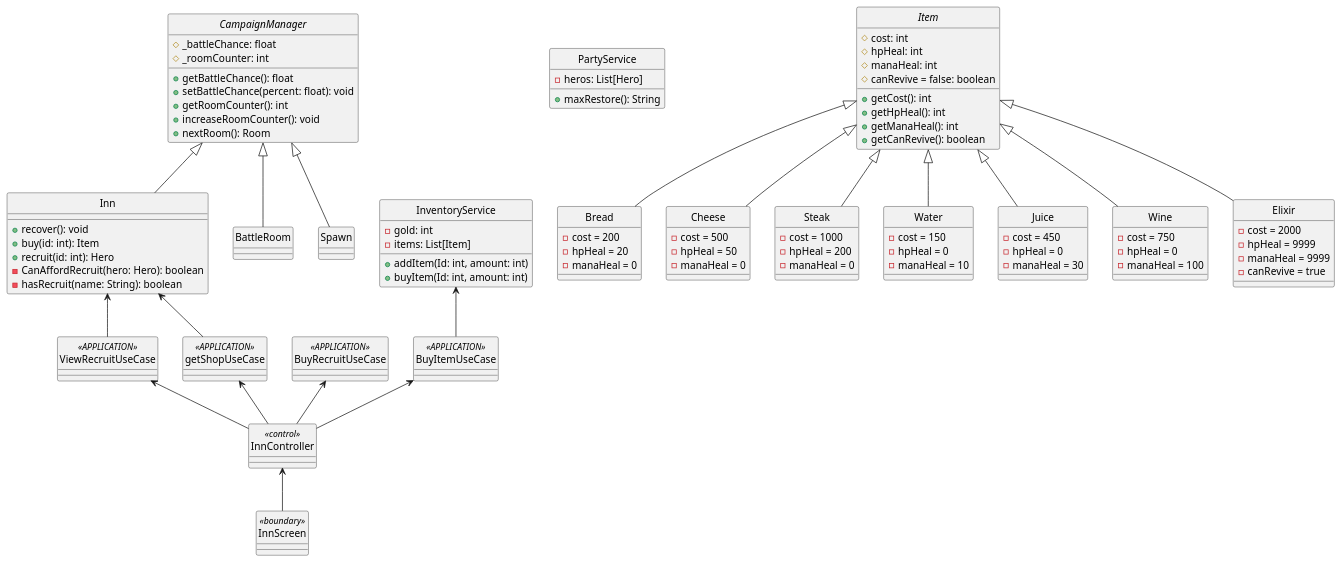
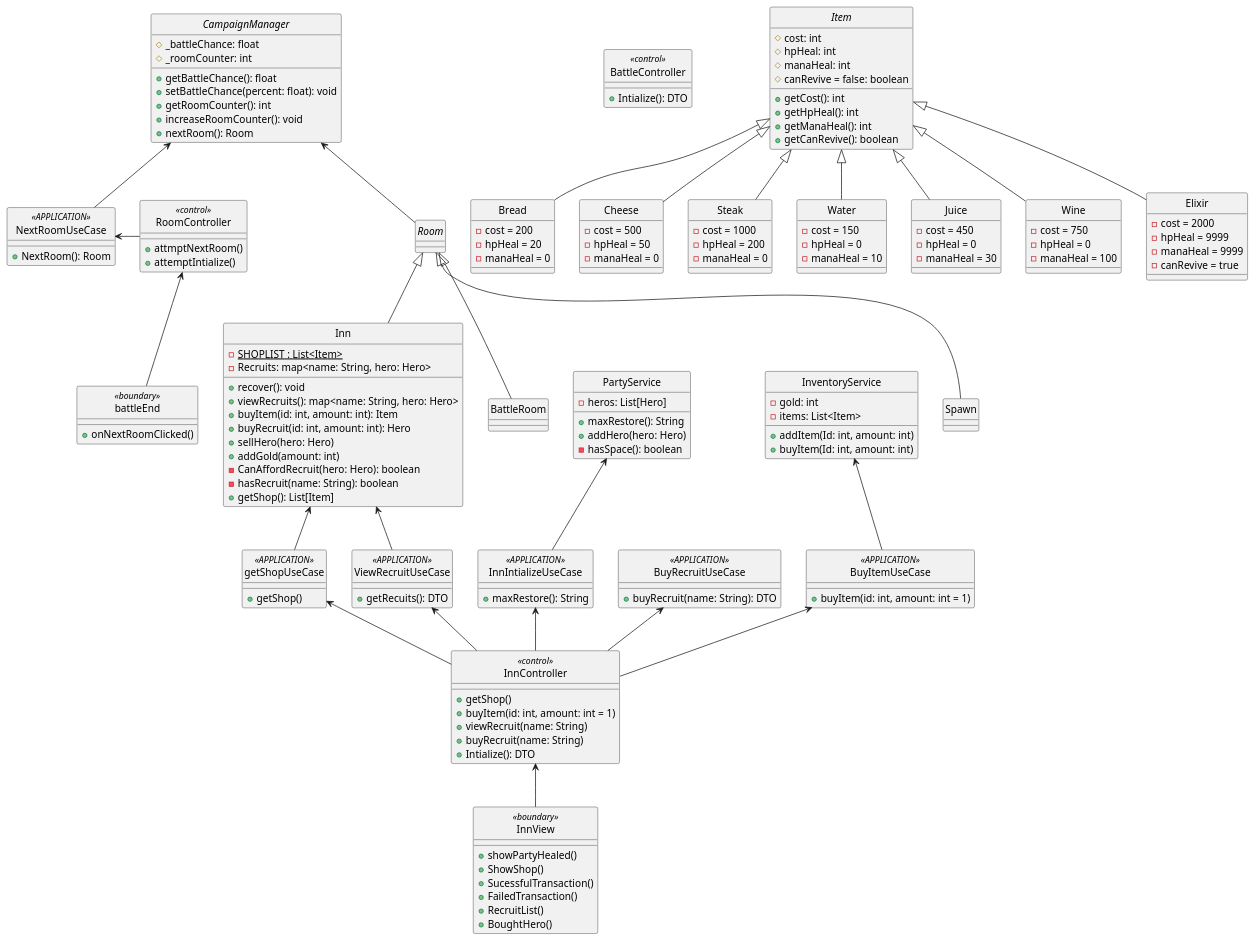
One commit to JosefG50/2203-Legends-of-Sword-and-Wand changed the diagram in rpg-legends/docs/uml/services/campaign-progression/class/inn.puml. Above: the diagram before and after it, drawn with PlantUML. The commit also changed 2 other files, not shown here.

Commit message:
[feat] imported all methods from seqeunce diagram

```diff
--- a/rpg-legends/docs/uml/services/campaign-progression/class/inn.puml
+++ b/rpg-legends/docs/uml/services/campaign-progression/class/inn.puml
@@ -1,129 +1,177 @@
 @startuml CampaignManager
 skinparam Style strictuml
 skinparam SequenceMessageAlignment center
 
 
 
 abstract class CampaignManager{
     #_battleChance: float 
     #_roomCounter: int
     + getBattleChance(): float
     + setBattleChance(percent: float): void
     + getRoomCounter(): int
     + increaseRoomCounter(): void
     + nextRoom(): Room
 } 
+
+abstract class Room{
+
+}
+
 class Inn {
+    - {static} SHOPLIST : List<Item>
+    - Recruits: map<name: String, hero: Hero>
+
     + recover(): void
-    + buy(id: int): Item
-    + recruit(id: int): Hero
+    + viewRecruits(): map<name: String, hero: Hero>
+    + buyItem(id: int, amount: int): Item
+    + buyRecruit(id: int, amount: int): Hero
+    + sellHero(hero: Hero)
+    + addGold(amount: int)
     - CanAffordRecruit(hero: Hero): boolean
     - hasRecruit(name: String): boolean
+    + getShop(): List[Item]
 }
 class BattleRoom{
 }
 class Spawn{
 }
 class PartyService{
     - heros: List[Hero]
     + maxRestore(): String
+    + addHero(hero: Hero)
+    - hasSpace(): boolean
 }
-class InnScreen <<boundary>>{
-
+class InnView <<boundary>>{
+    + showPartyHealed()
+    + ShowShop()
+    + SucessfulTransaction()
+    + FailedTransaction()
+    + RecruitList()
+    + BoughtHero()
+}
+class battleEnd <<boundary>>{
+    + onNextRoomClicked()
 }
 class InnController <<control>> {
-
+    + getShop()
+    + buyItem(id: int, amount: int = 1)
+    + viewRecruit(name: String)
+    + buyRecruit(name: String)
+    + Intialize(): DTO
+}
+class BattleController <<control>> {
+    + Intialize(): DTO
+}
+class RoomController <<control>>{
+    + attmptNextRoom()
+    + attemptIntialize()
+}
+class InnIntializeUseCase <<APPLICATION>>{
+    + maxRestore(): String
+}
+class NextRoomUseCase <<APPLICATION>>{
+    + NextRoom(): Room
 }
 class BuyRecruitUseCase <<APPLICATION>> {
+    + buyRecruit(name: String): DTO
 
 }
 class ViewRecruitUseCase <<APPLICATION>>{
-
+    + getRecuits(): DTO
 }
 class BuyItemUseCase <<APPLICATION>>{
+    + buyItem(id: int, amount: int = 1)
 
 }
 class getShopUseCase <<APPLICATION>>{
-
+    + getShop()
 }
 
 abstract class Item{
     # cost: int
     # hpHeal: int
     # manaHeal: int
     # canRevive = false: boolean
     + getCost(): int
     + getHpHeal(): int
     + getManaHeal(): int
     + getCanRevive(): boolean
 }
 class Bread{
     - cost = 200
     - hpHeal = 20
     - manaHeal = 0
 }
 class Cheese{
     - cost = 500
     - hpHeal = 50
     - manaHeal = 0
 }
 class Steak{
     - cost = 1000
     - hpHeal = 200
     - manaHeal = 0
 }
 class Water{
     - cost = 150
     - hpHeal = 0
     - manaHeal = 10   
 }
 class Juice{
     - cost = 450
     - hpHeal = 0
     - manaHeal = 30
 }
 class Wine{
     - cost = 750
     - hpHeal = 0
     - manaHeal = 100
 }
 class Elixir{
     - cost = 2000
     - hpHeal = 9999
     - manaHeal = 9999
     - canRevive = true    
 }
 
 Item <|-- Bread
 Item <|-- Cheese
 Item <|-- Steak
 Item <|-- Water
 Item <|-- Juice
 Item <|-- Wine
 Item <|-- Elixir
 
 class InventoryService{
     - gold: int
-    - items: List[Item]
+    - items: List<Item>
     + addItem(Id: int, amount: int)
     + buyItem(Id: int, amount: int)
 
 }
-CampaignManager <|-- Inn
-CampaignManager <|-- BattleRoom
-CampaignManager <|-- Spawn
+CampaignManager <-- Room 
+
+CampaignManager <-- NextRoomUseCase
+Room <|-- Inn
+Room <|-- BattleRoom
+Room <|-- Spawn
 
 Inn <-- getShopUseCase
 InventoryService <-- BuyItemUseCase
 Inn <-- ViewRecruitUseCase
+PartyService <-- InnIntializeUseCase
 
+InnIntializeUseCase <-- InnController
 BuyRecruitUseCase <-- InnController
 ViewRecruitUseCase <-- InnController
 BuyItemUseCase <-- InnController
 getShopUseCase <-- InnController
 
-InnController <-- InnScreen
+NextRoomUseCase <- RoomController
 
+InnController <-- InnView
+RoomController <-- battleEnd
 
 
 @enduml
```
